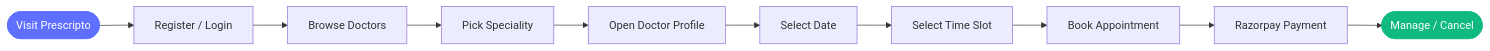
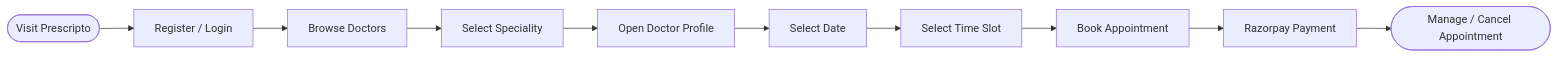
One commit to aryankk073/Prescripto changed the third of 10 diagrams in README.md. Above: the diagram before and after it, drawn with Mermaid. The commit also changed other lines of this file and 1 other file, not shown here.

````diff
--- a/README.md
+++ b/README.md
@@ -219,15 +187,12 @@
 ```mermaid
 flowchart LR
     A([Visit Prescripto]) --> B[Register / Login]
     B --> C[Browse Doctors]
-    C --> D[Pick Speciality]
+    C --> D[Select Speciality]
     D --> E[Open Doctor Profile]
     E --> F[Select Date]
     F --> G[Select Time Slot]
     G --> H[Book Appointment]
     H --> I[Razorpay Payment]
-    I --> J([Manage / Cancel])
-
-    style A fill:#5F6FFF,color:#fff,stroke:#5F6FFF
-    style J fill:#10B981,color:#fff,stroke:#10B981
+    I --> J([Manage / Cancel Appointment])
 ```
````
